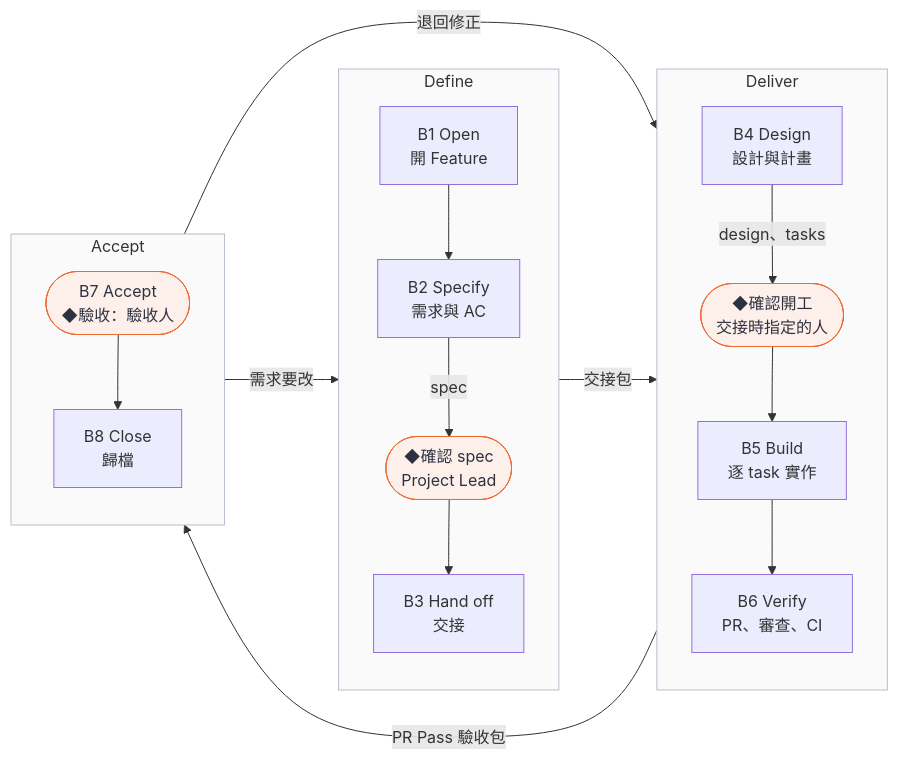
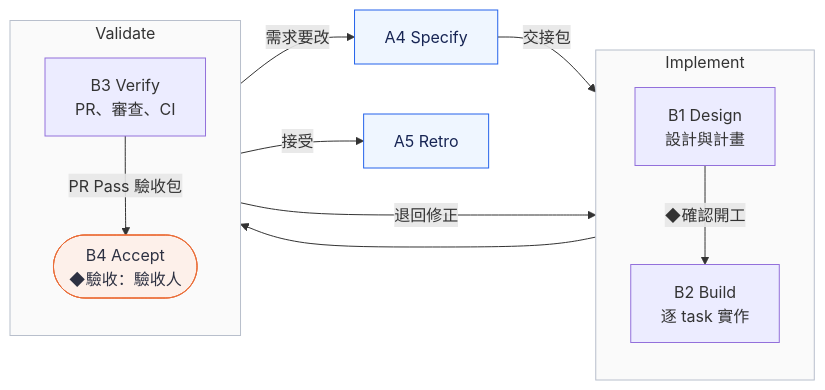
One commit to ellis429/loop-engineering changed the third of 3 diagrams in docs/guide/user-guide.md. Above: the diagram before and after it, drawn with Mermaid. The commit also changed other lines of this file and 4 other files, not shown here.

First line of the commit message:
docs: move the feature spec to the outer loop and spell out each step

````diff
--- a/docs/guide/user-guide.md
+++ b/docs/guide/user-guide.md
@@ -168,24 +361,22 @@
 ```mermaid
 flowchart LR
-  subgraph SDEF["Define"]
+  A4["A4 Specify"] -->|交接包| B1
+  subgraph SIMP["Implement"]
     direction TB
-    B1["B1 Open<br/>開 Feature"] --> B2["B2 Specify<br/>需求與 AC"] -->|spec| G4(["◆確認 spec<br/>Project Lead"]) --> B3["B3 Hand off<br/>交接"]
+    B1["B1 Design<br/>設計與計畫"] -->|◆確認開工| B2["B2 Build<br/>逐 task 實作"]
   end
-  subgraph SDEL["Deliver"]
+  subgraph SVAL["Validate"]
     direction TB
-    B4["B4 Design<br/>設計與計畫"] -->|design、tasks| G5(["◆確認開工<br/>交接時指定的人"]) --> B5["B5 Build<br/>逐 task 實作"] --> B6["B6 Verify<br/>PR、審查、CI"]
+    B3["B3 Verify<br/>PR、審查、CI"] -->|PR Pass 驗收包| B4(["B4 Accept<br/>◆驗收：驗收人"])
   end
-  subgraph SACC["Accept"]
-    direction TB
-    G6(["B7 Accept<br/>◆驗收：驗收人"]) --> B8["B8 Close<br/>歸檔"]
-  end
-  B3 -->|交接包| B4
-  B6 -->|PR Pass 驗收包| G6
-  G6 -->|退回修正| B5
-  G6 -->|需求要改| B2
+  B2 --> B3
+  B4 -->|退回修正| B2
+  B4 -->|需求要改| A4
+  B4 -->|接受| A5["A5 Retro"]
   classDef gate fill:#fdf0ea,stroke:#eb6c36,color:#2d3142
-  class G4,G5,G6 gate
-  style SDEF fill:#fafafa,stroke:#b8bfcc
-  style SDEL fill:#fafafa,stroke:#b8bfcc
-  style SACC fill:#fafafa,stroke:#b8bfcc
+  classDef outer fill:#eff6ff,stroke:#2563eb,color:#172554
+  class B4 gate
+  class A4,A5 outer
+  style SIMP fill:#fafafa,stroke:#b8bfcc
+  style SVAL fill:#fafafa,stroke:#b8bfcc
 ```
````
